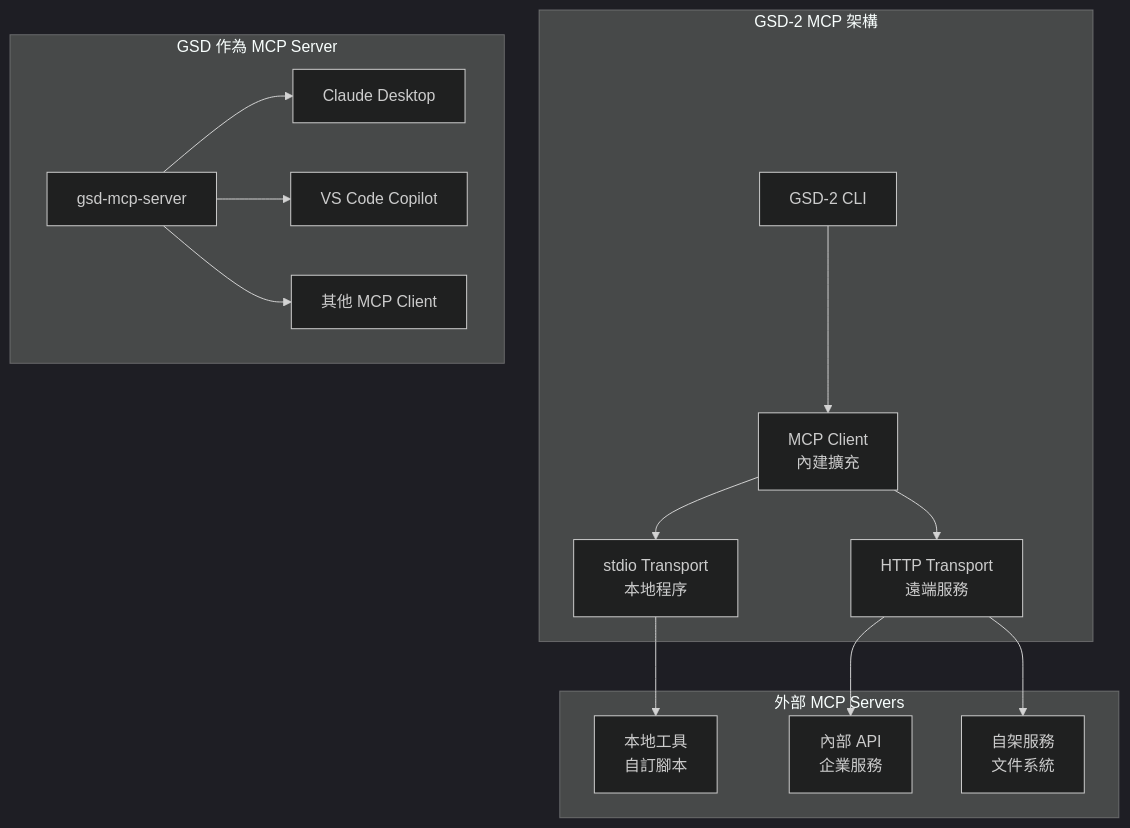
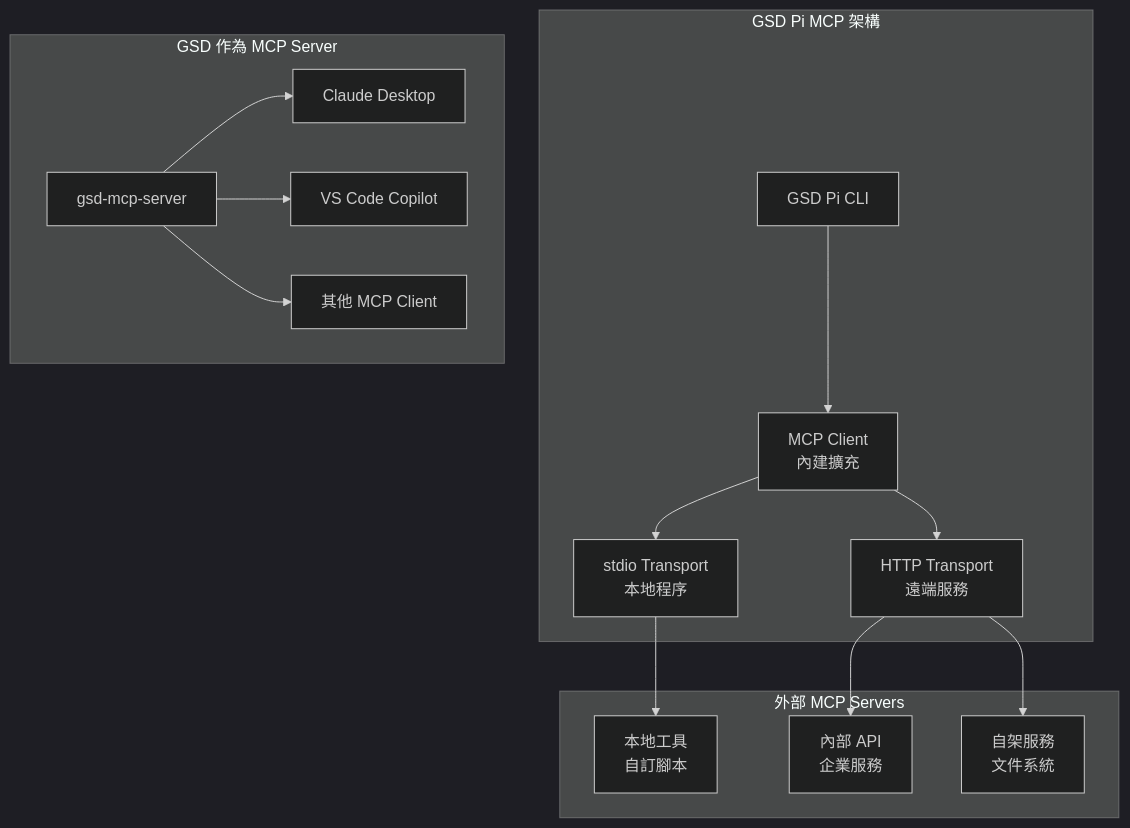
Before and after one commit to chihhung/Blog: the sixth of 16 diagrams in content/posts/教學/AI開發/GSD-2教學手冊.md, drawn with Mermaid (dark theme). The commit also changed other lines of this file and 12 other files, not shown here.

````diff
--- a/content/posts/教學/AI開發/GSD-2教學手冊.md
+++ b/content/posts/教學/AI開發/GSD-2教學手冊.md
@@ -552,20 +630,20 @@
 ```mermaid
 graph TB
-    subgraph "GSD-2 MCP 架構"
-        GSD[GSD-2 CLI] --> MCP_CLIENT[MCP Client<br/>內建擴充]
+    subgraph "GSD Pi MCP 架構"
+        GSD[GSD Pi CLI] --> MCP_CLIENT[MCP Client<br/>內建擴充]
         MCP_CLIENT --> STDIO[stdio Transport<br/>本地程序]
         MCP_CLIENT --> HTTP[HTTP Transport<br/>遠端服務]
     end
 
     subgraph "外部 MCP Servers"
         STDIO --> LOCAL_SVR[本地工具<br/>自訂腳本]
         HTTP --> INTERNAL[內部 API<br/>企業服務]
         HTTP --> SELF_HOSTED[自架服務<br/>文件系統]
     end
 
     subgraph "GSD 作為 MCP Server"
         GSD_SVR[gsd-mcp-server] --> CLAUDE[Claude Desktop]
         GSD_SVR --> VSCODE[VS Code Copilot]
         GSD_SVR --> OTHER[其他 MCP Client]
     end
 ```
````
